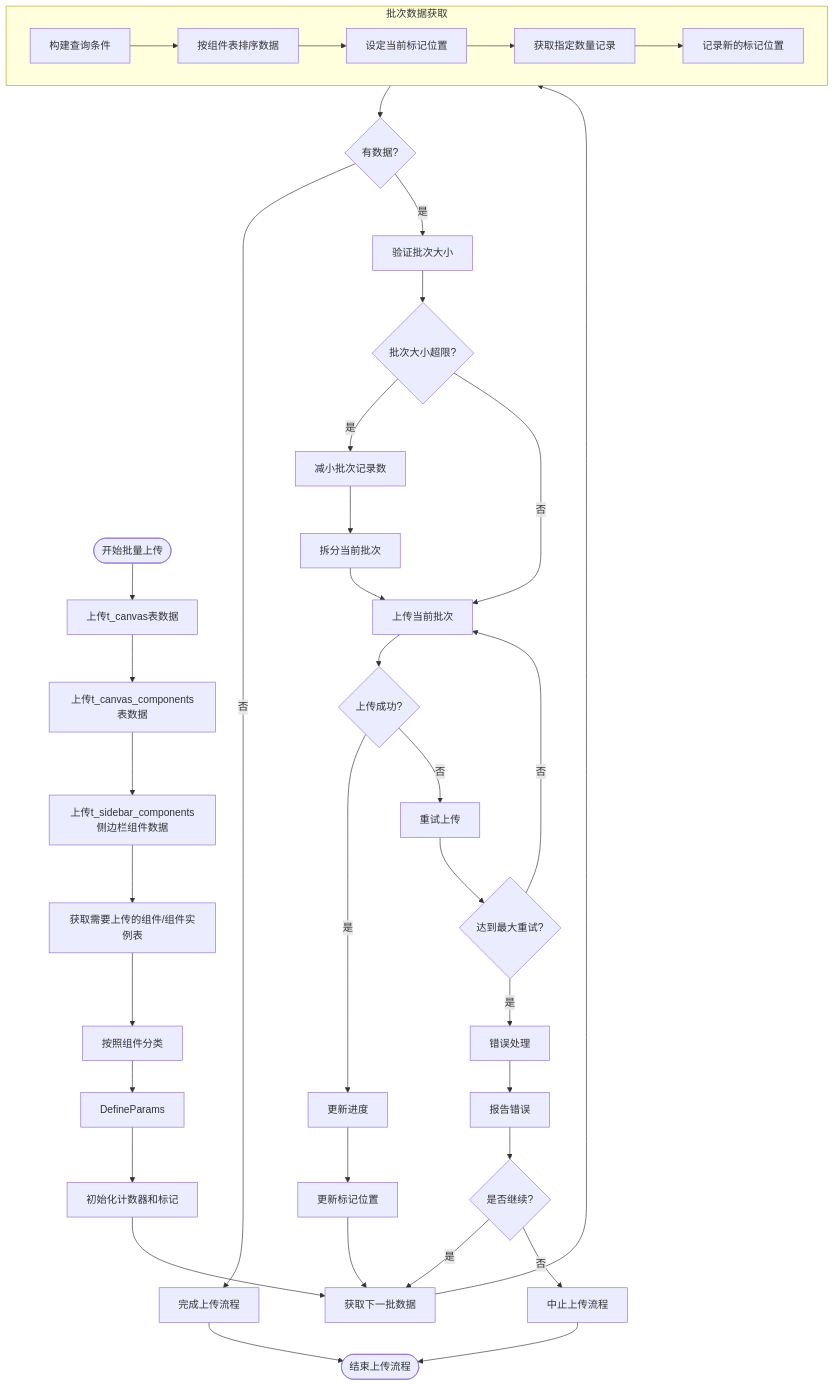
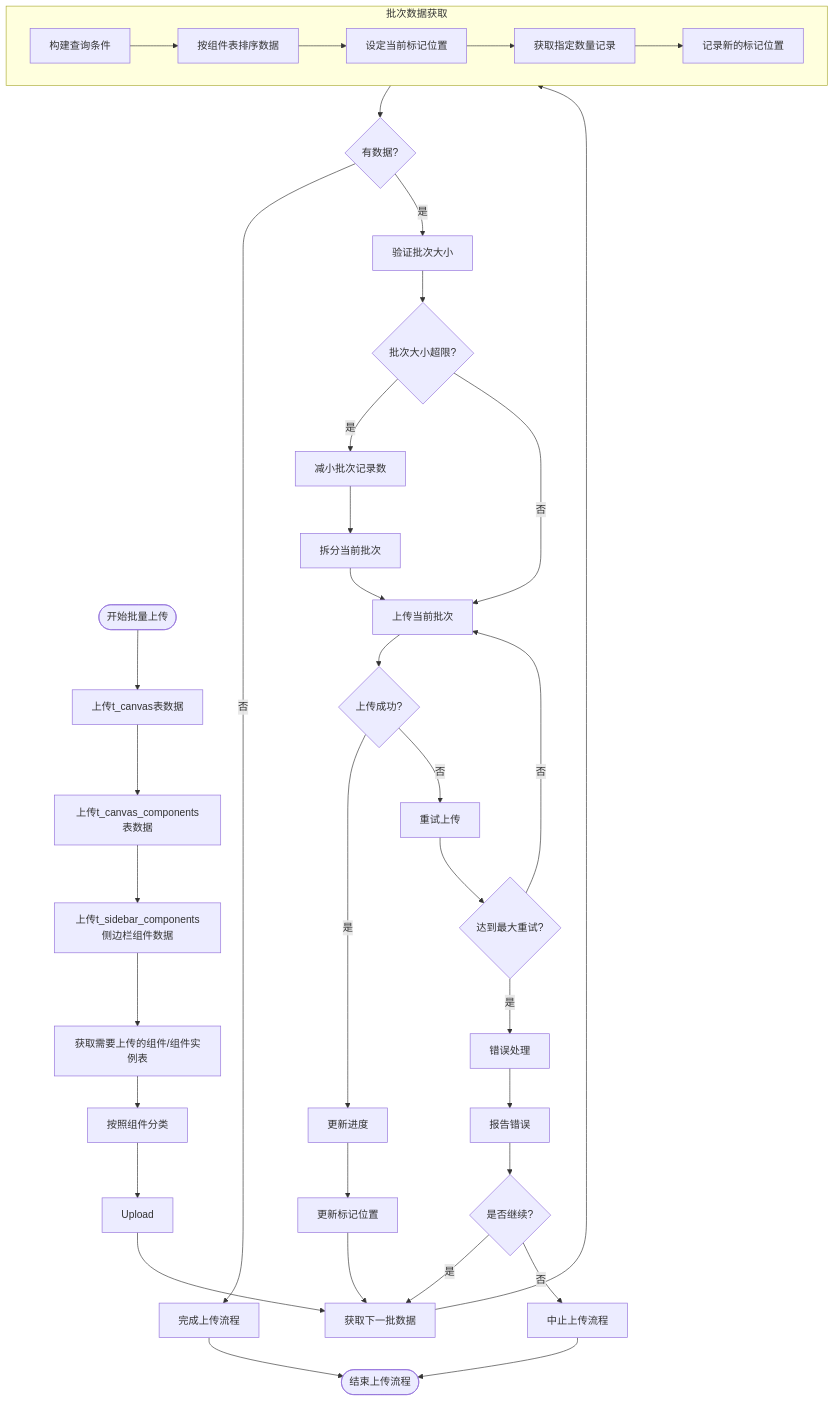
Before and after one commit to yingjianzh/iodraw-files: the diagram in all/未命名-51.md, drawn with Mermaid.

Commit message:
2025-05-08 17:26:44 update

````diff
--- a/all/未命名-51.md
+++ b/all/未命名-51.md
@@ -1,54 +1,51 @@
 ```mermaid
 flowchart TD
     Start([开始批量上传]) --> UploadSpaceData[上传t_canvas表数据]
     UploadSpaceData --> UploadComponentListData[上传t_canvas_components表数据]
     UploadComponentListData --> UploadSiderComponent[上传t_sidebar_components侧边栏组件数据]
     
     UploadSiderComponent --> UploadData[获取需要上传的组件/组件实例表]
 
     UploadData --> ClassifyData[按照组件分类]
 
-    ClassifyData --> 
-    DefineParams --> InitCounters[初始化计数器和标记]
-    
-    InitCounters --> FetchNextBatch[获取下一批数据]
+    ClassifyData --> Upload--> FetchNextBatch[获取下一批数据]
     
     subgraph BatchFetch [批次数据获取]
         A[构建查询条件] --> B[按组件表排序数据]
         B --> C[设定当前标记位置]
         C --> D[获取指定数量记录]
         D --> E[记录新的标记位置]
     end
     
     FetchNextBatch --> BatchFetch
     
     BatchFetch --> CheckResults{有数据?}
     CheckResults -->|否| CompleteUpload[完成上传流程]
     CheckResults -->|是| ValidateBatch[验证批次大小]
     
     ValidateBatch --> SizeTooLarge{批次大小超限?}
     SizeTooLarge -->|是| AdjustBatchSize[减小批次记录数]
     SizeTooLarge -->|否| UploadBatch[上传当前批次]
     
     AdjustBatchSize --> SplitBatch[拆分当前批次]
     SplitBatch --> UploadBatch
     
     UploadBatch --> UploadSuccess{上传成功?}
     UploadSuccess -->|是| UpdateProgress[更新进度]
     UploadSuccess -->|否| RetryUpload[重试上传]
     
     RetryUpload --> MaxRetries{达到最大重试?}
     MaxRetries -->|否| UploadBatch
     MaxRetries -->|是| ErrorHandling[错误处理]
     
     ErrorHandling --> ReportError[报告错误]
     ReportError --> ContinueOption{是否继续?}
     ContinueOption -->|是| FetchNextBatch
     ContinueOption -->|否| AbortProcess[中止上传流程]
     
     UpdateProgress --> UpdateMarker[更新标记位置]
     UpdateMarker --> FetchNextBatch
     
     CompleteUpload --> End([结束上传流程])
     AbortProcess --> End
 ```
````
